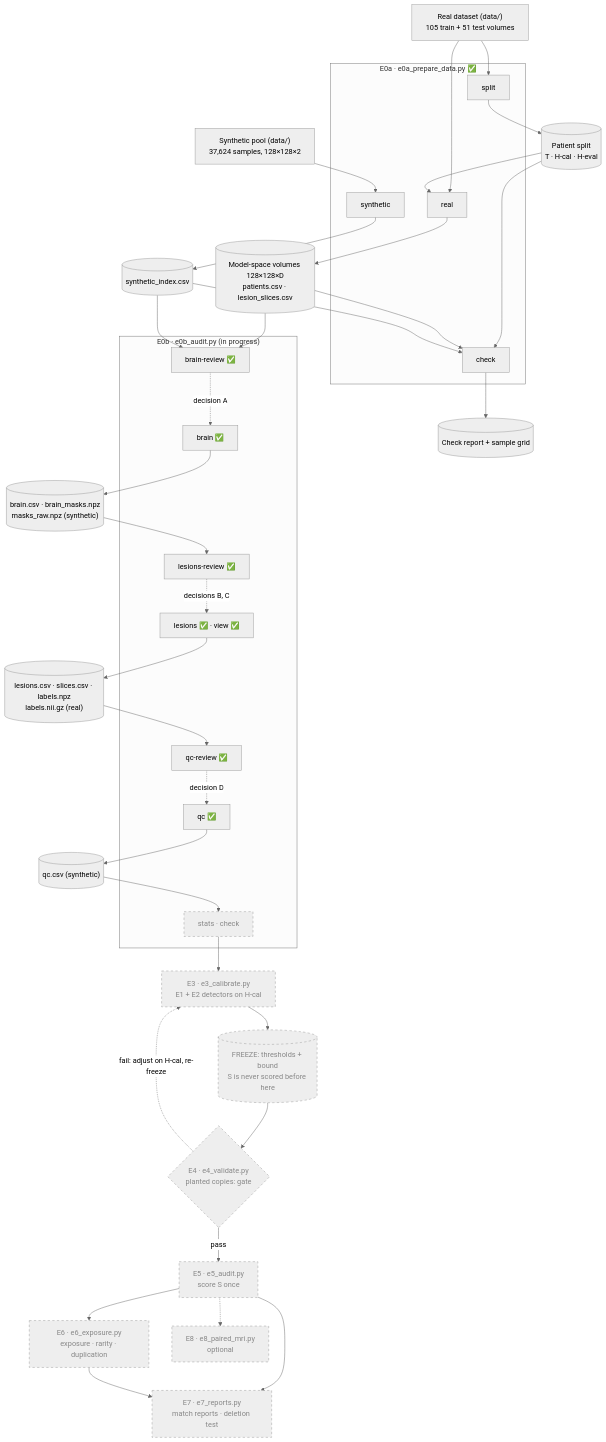
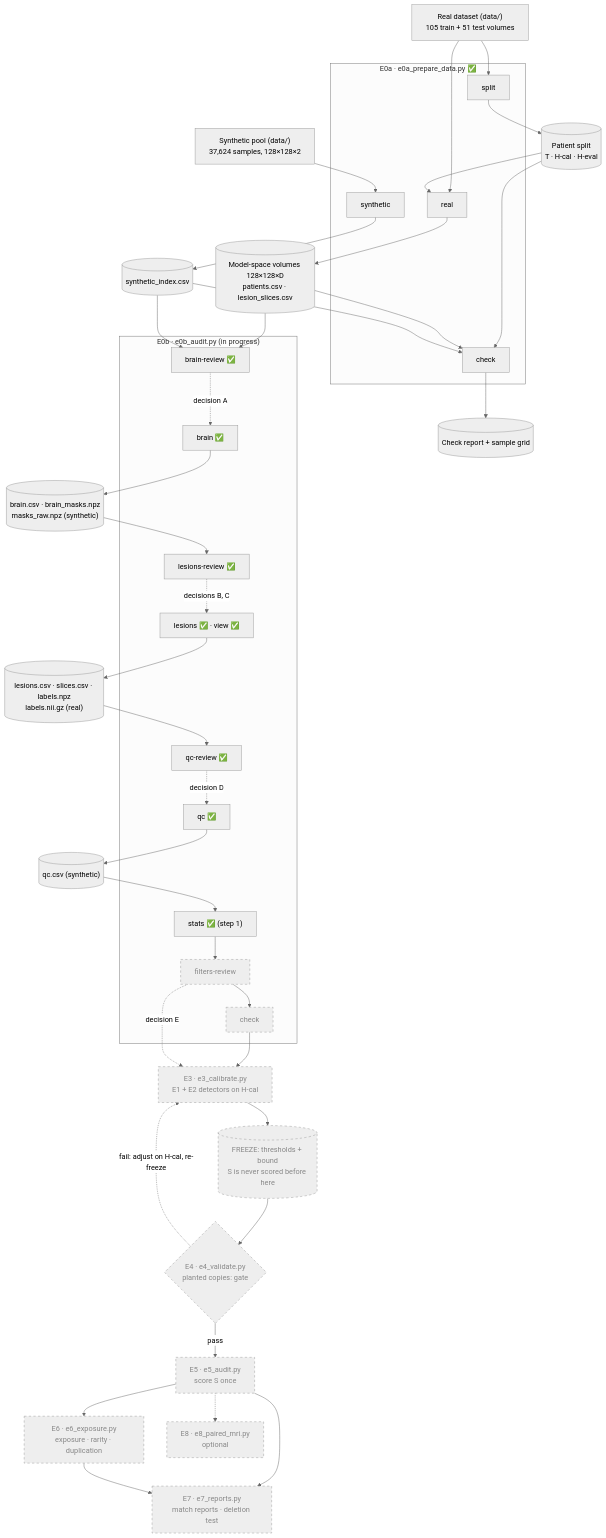
The first of 2 diagrams in docs/architecture.md (mattia3003/MT_project), drawn with Mermaid (neutral theme) before and after one commit. The commit also changed other lines of this file and 13 other files, not shown here.

````diff
--- a/docs/architecture.md
+++ b/docs/architecture.md
@@ -24,60 +24,63 @@
 ```mermaid
 flowchart TD
     RAW["Real dataset (data/)<br/>105 train + 51 test volumes"]
     POOL["Synthetic pool (data/)<br/>37,624 samples, 128×128×2"]
 
     subgraph E0A["E0a · e0a_prepare_data.py ✅"]
         SPLIT["split"]
         REAL["real"]
         SYN["synthetic"]
         CHECK["check"]
     end
 
     SPLITCSV[("Patient split<br/>T · H-cal · H-eval")]
     VOLS[("Model-space volumes 128×128×D<br/>patients.csv · lesion_slices.csv")]
     INDEX[("synthetic_index.csv")]
     REPORT[("Check report + sample grid")]
 
     RAW --> SPLIT --> SPLITCSV
     RAW --> REAL
     SPLITCSV --> REAL --> VOLS
     POOL --> SYN --> INDEX
     SPLITCSV & VOLS & INDEX --> CHECK --> REPORT
 
     subgraph E0B["E0b · e0b_audit.py (in progress)"]
         BREV["brain-review ✅"]
         BRAIN["brain ✅"]
         LREV["lesions-review ✅"]
         LES["lesions ✅ · view ✅"]
         QREV["qc-review ✅"]
         QC["qc ✅"]
-        STATS["stats · check"]:::planned
+        STATS["stats ✅ (step 1)"]
+        FREV["filters-review"]:::planned
+        ECHECK["check"]:::planned
     end
     BREV -.->|"decision A"| BRAIN
     BRAINOUT[("brain.csv · brain_masks.npz<br/>masks_raw.npz (synthetic)")]
     BRAIN --> BRAINOUT --> LREV
     LREV -.->|"decisions B, C"| LES
     LESOUT[("lesions.csv · slices.csv · labels.npz<br/>labels.nii.gz (real)")]
     LES --> LESOUT --> QREV
     QREV -.->|"decision D"| QC
     QCOUT[("qc.csv (synthetic)")]
-    QC --> QCOUT --> STATS
+    QC --> QCOUT --> STATS --> FREV --> ECHECK
 
     E3["E3 · e3_calibrate.py<br/>E1 + E2 detectors on H-cal"]:::planned
     FROZEN[("FREEZE: thresholds + bound<br/>S is never scored before here")]:::planned
     E4{"E4 · e4_validate.py<br/>planted copies: gate"}:::planned
     E5["E5 · e5_audit.py<br/>score S once"]:::planned
     E6["E6 · e6_exposure.py<br/>exposure · rarity · duplication"]:::planned
     E7["E7 · e7_reports.py<br/>match reports · deletion test"]:::planned
     E8["E8 · e8_paired_mri.py<br/>optional"]:::planned
 
     VOLS & INDEX --> BREV
-    STATS --> E3 --> FROZEN --> E4
+    ECHECK --> E3 --> FROZEN --> E4
+    FREV -.->|"decision E"| E3
     E4 -->|pass| E5
     E4 -.->|"fail: adjust on H-cal, re-freeze"| E3
     E5 --> E6 & E7
     E6 --> E7
     E5 -.-> E8
 
     classDef planned stroke-dasharray: 5 5,color:#888
 ```
````
